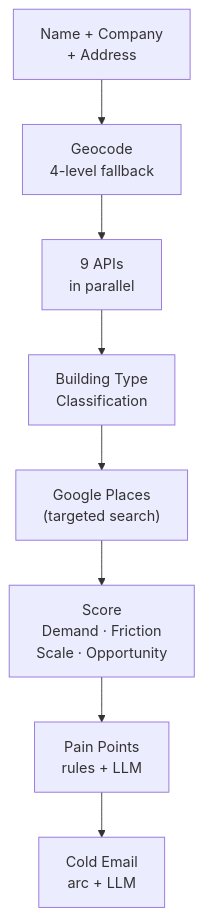
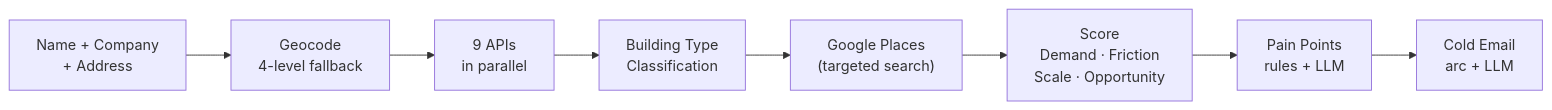
One commit to SanchitMinocha/GTM_Automation_Tool changed the first of 2 diagrams in README.md. Above: the diagram before and after it, drawn with Mermaid.

Commit message:
docs: update README mermaid flowchart to landscape orientation

````diff
--- a/README.md
+++ b/README.md
@@ -19,17 +19,8 @@
 ```mermaid
-flowchart TB
-    A["Name + Company\n+ Address"]
-    B["Geocode\n4-level fallback"]
-    C["9 APIs\nin parallel"]
-    D["Building Type\nClassification"]
-    E["Google Places\n(targeted search)"]
-    F["Score\nDemand · Friction\nScale · Opportunity"]
-    G["Pain Points\nrules + LLM"]
-    H["Cold Email\narc + LLM"]
-    
-    A --> B --> C
-    C --> D
-    D --> E --> F
-    F --> G
-    G --> H
+flowchart LR
+    A["Name + Company\n+ Address"] --> B["Geocode\n4-level fallback"] --> C["9 APIs\nin parallel"]
+    C --> D["Building Type\nClassification"]
+    D --> E["Google Places\n(targeted search)"] --> F["Score\nDemand · Friction\nScale · Opportunity"]
+    F --> G["Pain Points\nrules + LLM"]
+    G --> H["Cold Email\narc + LLM"]
 ```
````
